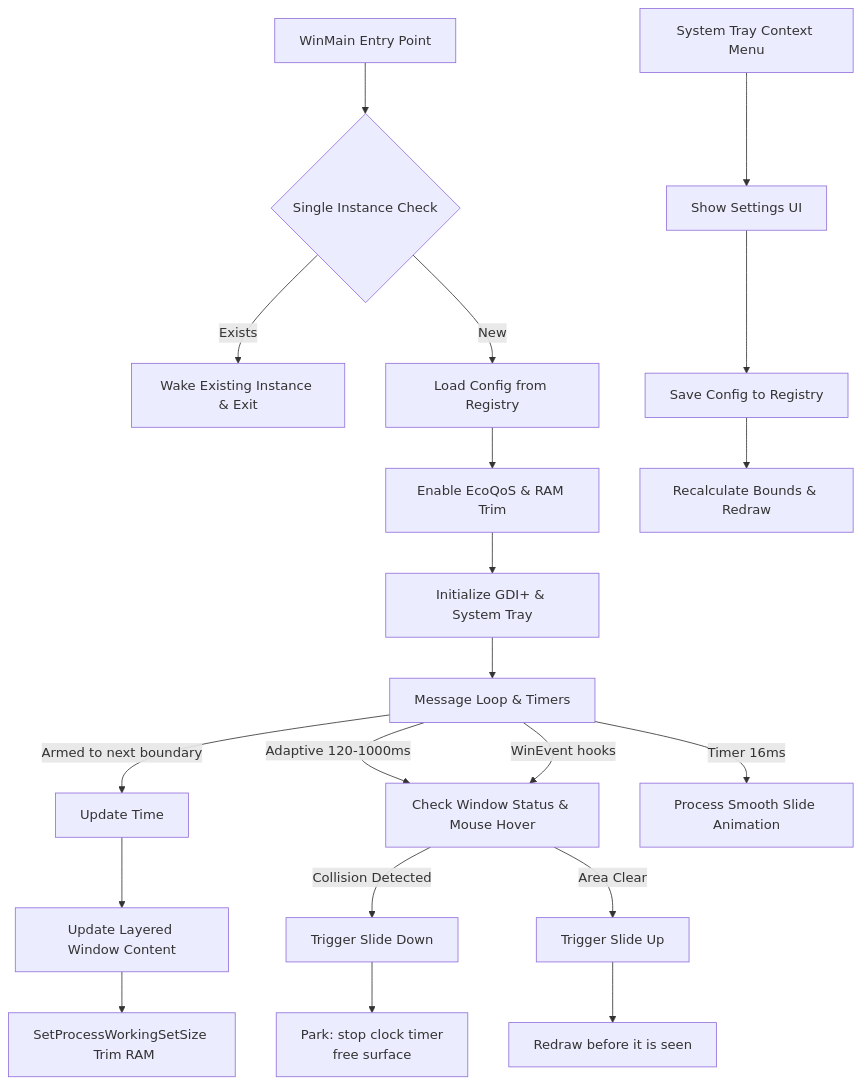
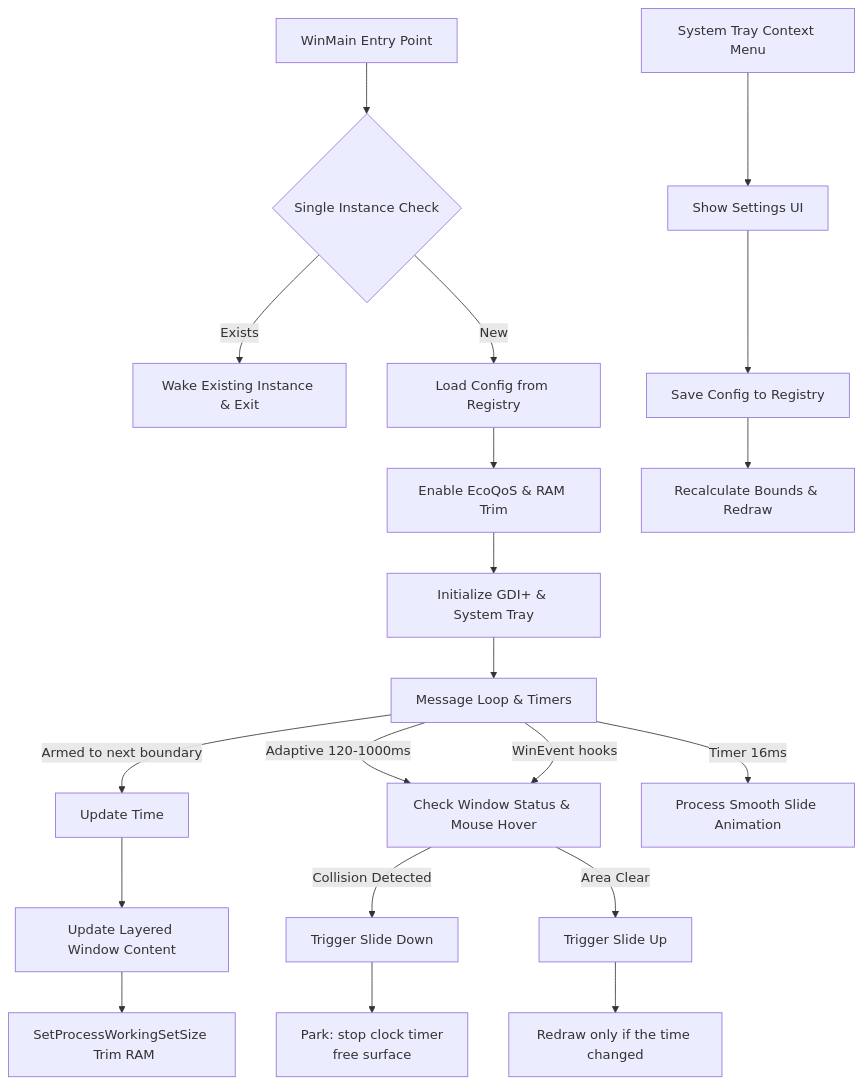
The diagram in README.md (BBatWRP/tiny-overlay-clock), drawn with Mermaid before and after one commit. The commit also changed other lines of this file and 2 other files, not shown here.

Commit message:
docs: refresh stale v1.8 descriptions; drop unused shell includes

````diff
--- a/README.md
+++ b/README.md
@@ -52,27 +52,27 @@
 ```mermaid
 graph TD
     A[WinMain Entry Point] --> B{Single Instance Check}
     B -- Exists --> C[Wake Existing Instance & Exit]
     B -- New --> D[Load Config from Registry]
     D --> E[Enable EcoQoS & RAM Trim]
     E --> F[Initialize GDI+ & System Tray]
     F --> G[Message Loop & Timers]
     
     G -->|Armed to next boundary| H[Update Time]
     G -->|Adaptive 120-1000ms| I[Check Window Status & Mouse Hover]
     G -->|Timer 16ms| J[Process Smooth Slide Animation]
     G -->|WinEvent hooks| I
     
     H --> K[Update Layered Window Content]
     I -- Collision Detected --> L[Trigger Slide Down]
     I -- Area Clear --> M[Trigger Slide Up]
     
     L --> S[Park: stop clock timer \n free surface]
-    M --> T[Redraw before it is seen]
+    M --> T[Redraw only if the time changed]
     
     K --> N[SetProcessWorkingSetSize \n Trim RAM]
     
     O[System Tray Context Menu] --> P[Show Settings UI]
     P --> Q[Save Config to Registry]
     Q --> R[Recalculate Bounds & Redraw]
 ```
````
